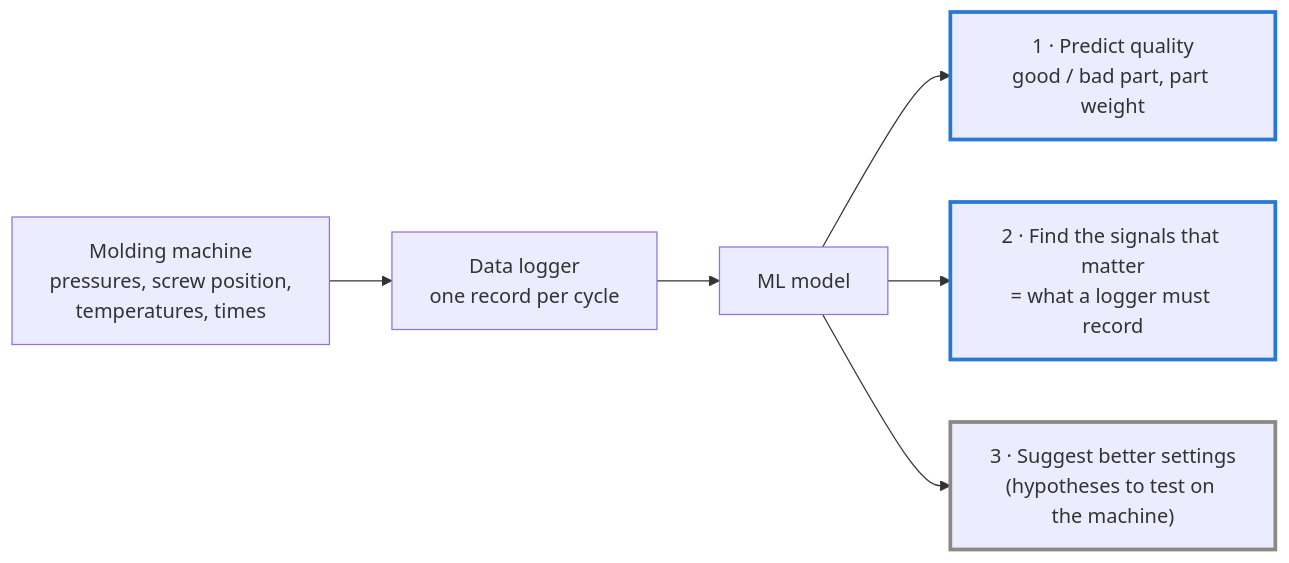
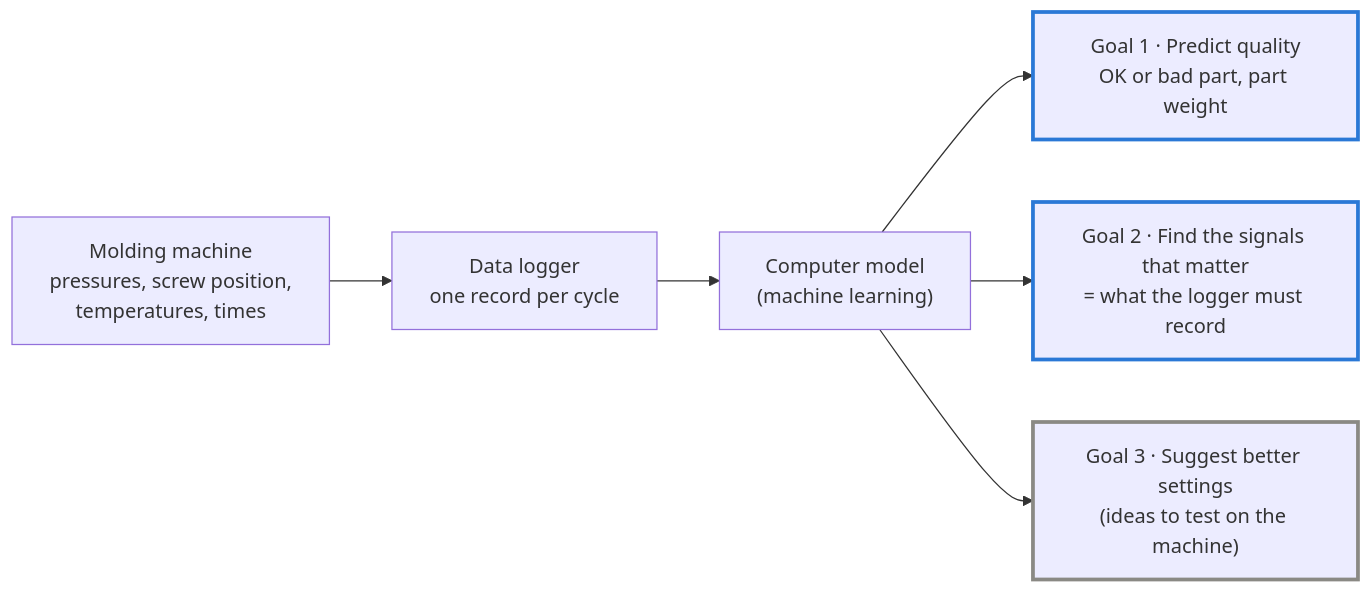
The first of 2 diagrams in README.md (ikeremsen/injection-molding-quality-ai), drawn with Mermaid before and after one commit. The commit also changed other lines of this file, not shown here.

First line of the commit message:
README: rebuild around "what do we need to collect", in plain language

````diff
--- a/README.md
+++ b/README.md
@@ -19,11 +66,11 @@
 ```mermaid
 flowchart LR
     A["Molding machine<br/>pressures, screw position,<br/>temperatures, times"] --> B["Data logger<br/>one record per cycle"]
-    B --> C["ML model"]
-    C --> D["1 · Predict quality<br/>good / bad part, part weight"]
-    C --> E["2 · Find the signals that matter<br/>= what a logger must record"]
-    C --> F["3 · Suggest better settings<br/>(hypotheses to test on the machine)"]
+    B --> C["Computer model<br/>(machine learning)"]
+    C --> D["Goal 1 · Predict quality<br/>OK or bad part, part weight"]
+    C --> E["Goal 2 · Find the signals that matter<br/>= what the logger must record"]
+    C --> F["Goal 3 · Suggest better settings<br/>(ideas to test on the machine)"]
     style D stroke:#2a78d6,stroke-width:3px
     style E stroke:#2a78d6,stroke-width:3px
     style F stroke:#8a8984,stroke-width:3px
 ```
````
